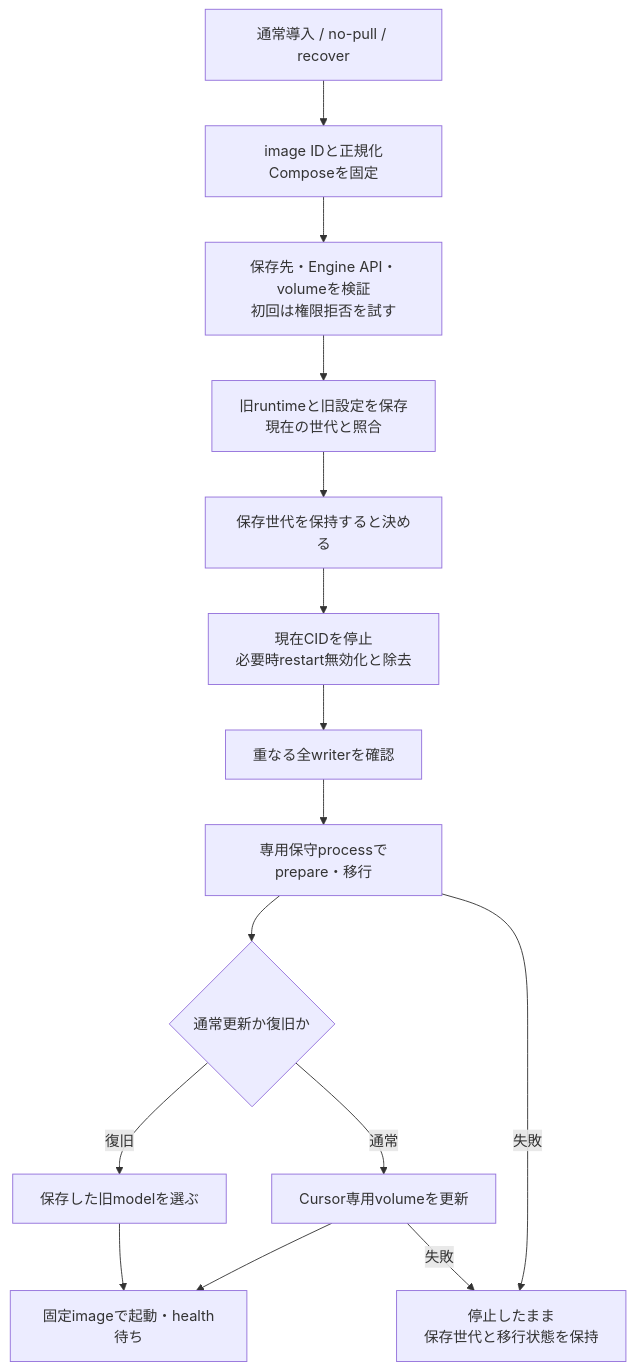
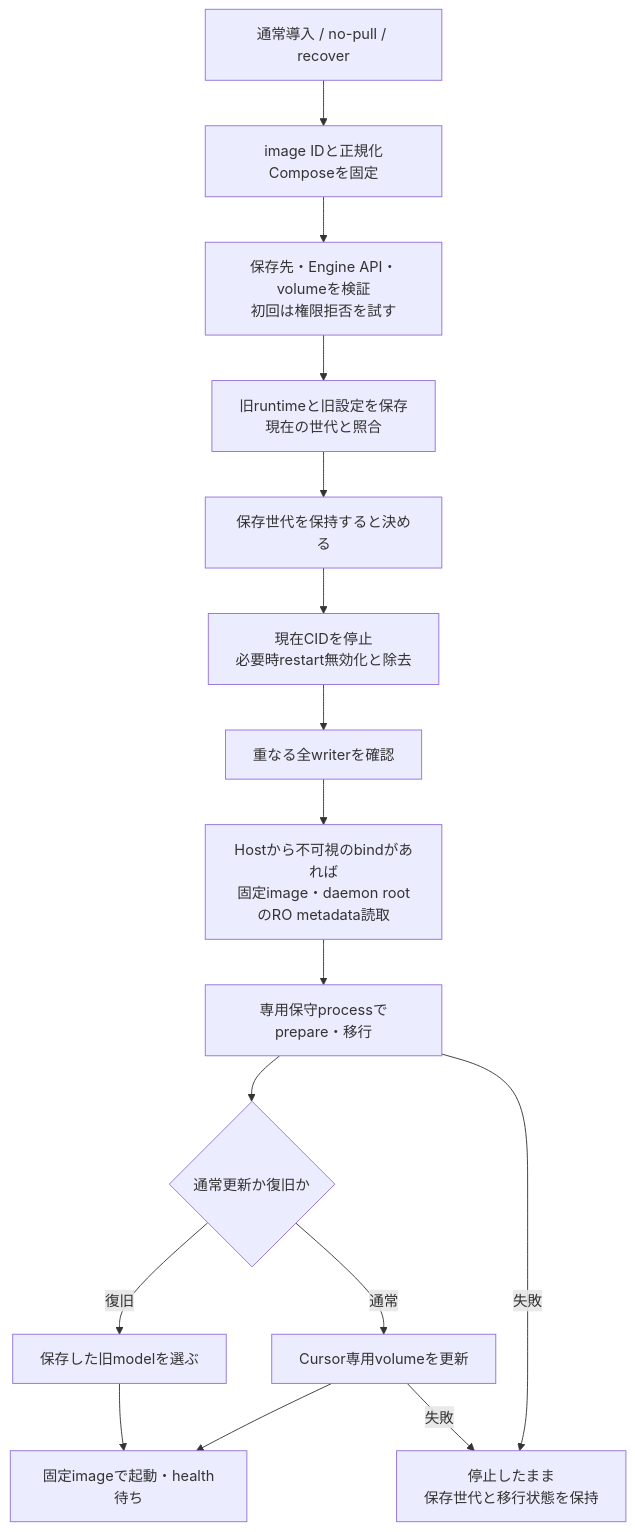
One commit to kitepon/BellTeam changed the first of 4 diagrams in docs/architecture/modules/runtime/recovery.md. Above: the diagram before and after it, drawn with Mermaid. The commit also changed other lines of this file and 3 other files, not shown here.

````diff
--- a/docs/architecture/modules/runtime/recovery.md
+++ b/docs/architecture/modules/runtime/recovery.md
@@ -9,17 +9,18 @@
 ```mermaid
 flowchart TD
   Input["通常導入 / no-pull / recover"] --> Freeze["image IDと正規化Composeを固定"]
   Freeze --> Storage["保存先・Engine API・volumeを検証<br/>初回は権限拒否を試す"]
   Storage --> Previous["旧runtimeと旧設定を保存<br/>現在の世代と照合"]
   Previous --> Keep["保存世代を保持すると決める"]
   Keep --> Stop["現在CIDを停止<br/>必要時restart無効化と除去"]
   Stop --> Writers["重なる全writerを確認"]
-  Writers --> Maintain["専用保守processでprepare・移行"]
+  Writers --> Paths["Hostから不可視のbindがあれば<br/>固定image・daemon rootのRO metadata読取"]
+  Paths --> Maintain["専用保守processでprepare・移行"]
   Maintain --> Mode{"通常更新か復旧か"}
   Mode -->|"通常"| Cursor["Cursor専用volumeを更新"]
   Mode -->|"復旧"| Old["保存した旧modelを選ぶ"]
   Cursor --> Start["固定imageで起動・health待ち"]
   Old --> Start
   Maintain -->|"失敗"| Halt["停止したまま<br/>保存世代と移行状態を保持"]
   Cursor -->|"失敗"| Halt
 ```
````
